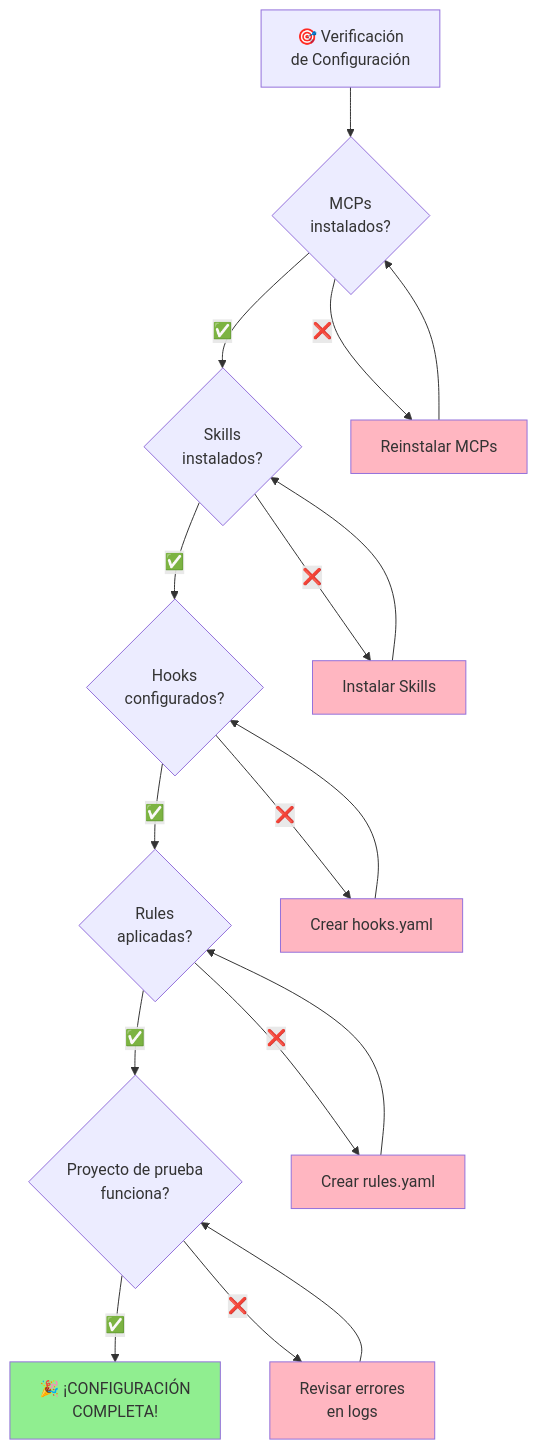
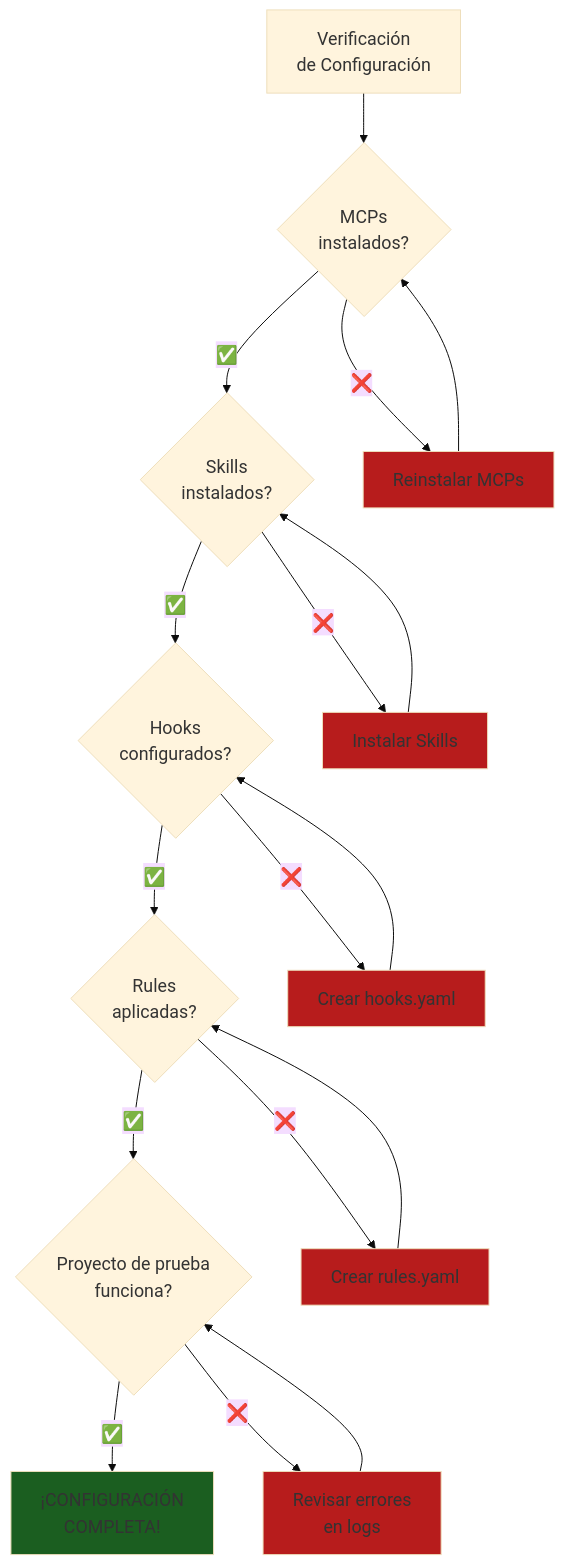
Before and after one commit to Ai-Whisperers/Courses-Content: diagram 14 of 16 in courses/🟡-development/FPUNA-2026/00-FUNDAMENTOS-PRINCIPALES/02-maestria-configuracion.md, drawn with Mermaid. The commit also changed other lines of this file and 47 other files, not shown here.

First line of the commit message:
fix: Make all 473 diagrams WCAG AAA accessible (FPUNA-2026)

````diff
--- a/courses/🟡-development/FPUNA-2026/00-FUNDAMENTOS-PRINCIPALES/02-maestria-configuracion.md
+++ b/courses/🟡-development/FPUNA-2026/00-FUNDAMENTOS-PRINCIPALES/02-maestria-configuracion.md
@@ -1081,31 +1094,32 @@
 ```mermaid
+%%{init: {'theme':'base', 'themeVariables': {'fontSize':'18px'}}}%%
 flowchart TD
-    Start[🎯 Verificación<br/>de Configuración] --> C1{MCPs<br/>instalados?}
+    Start[Verificación<br/>de Configuración] --> C1{MCPs<br/>instalados?}
     
     C1 -->|✅| C2{Skills<br/>instalados?}
     C1 -->|❌| F1[Reinstalar MCPs]
     F1 --> C1
     
     C2 -->|✅| C3{Hooks<br/>configurados?}
     C2 -->|❌| F2[Instalar Skills]
     F2 --> C2
     
     C3 -->|✅| C4{Rules<br/>aplicadas?}
     C3 -->|❌| F3[Crear hooks.yaml]
     F3 --> C3
     
     C4 -->|✅| C5{Proyecto de prueba<br/>funciona?}
     C4 -->|❌| F4[Crear rules.yaml]
     F4 --> C4
     
-    C5 -->|✅| Success[🎉 ¡CONFIGURACIÓN<br/>COMPLETA!]
+    C5 -->|✅| Success[¡CONFIGURACIÓN<br/>COMPLETA!]
     C5 -->|❌| F5[Revisar errores<br/>en logs]
     F5 --> C5
     
-    style Success fill:#90EE90
-    style F1 fill:#FFB6C1
-    style F2 fill:#FFB6C1
-    style F3 fill:#FFB6C1
-    style F4 fill:#FFB6C1
-    style F5 fill:#FFB6C1
+    style Success fill:#1b5e20
+    style F1 fill:#b71c1c
+    style F2 fill:#b71c1c
+    style F3 fill:#b71c1c
+    style F4 fill:#b71c1c
+    style F5 fill:#b71c1c
 ```
````
